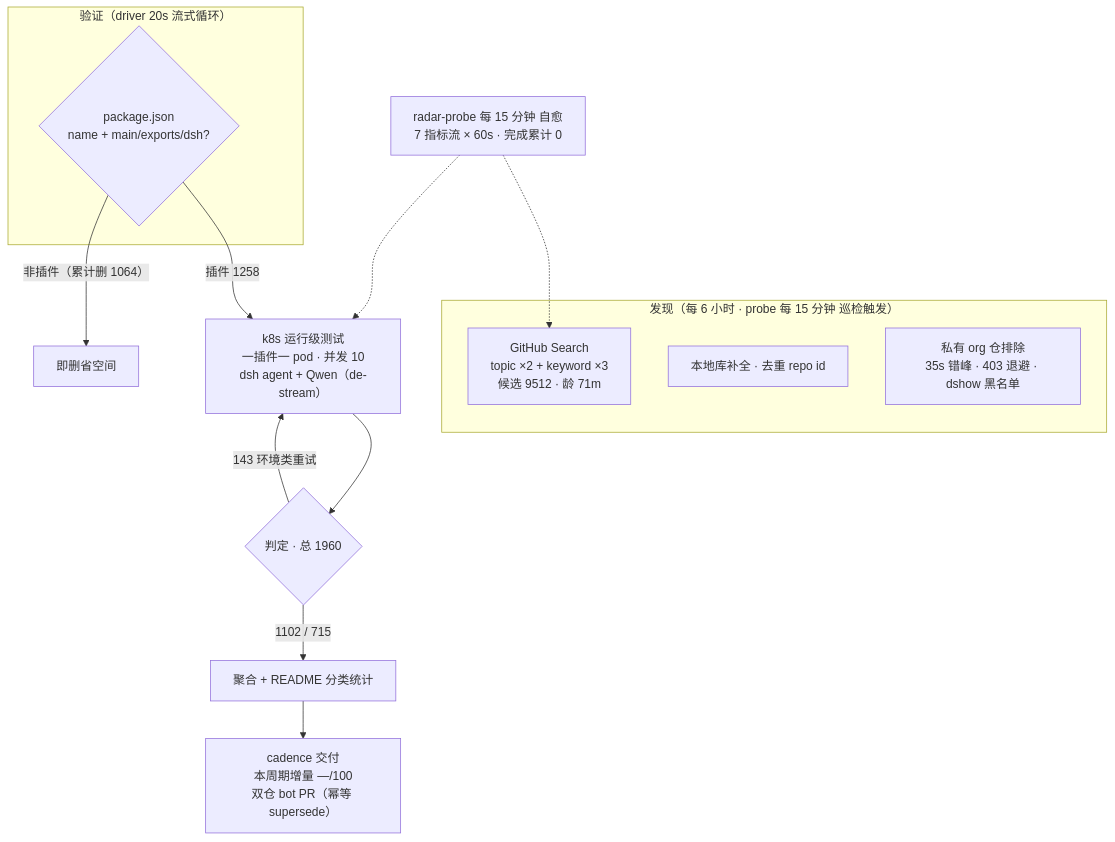
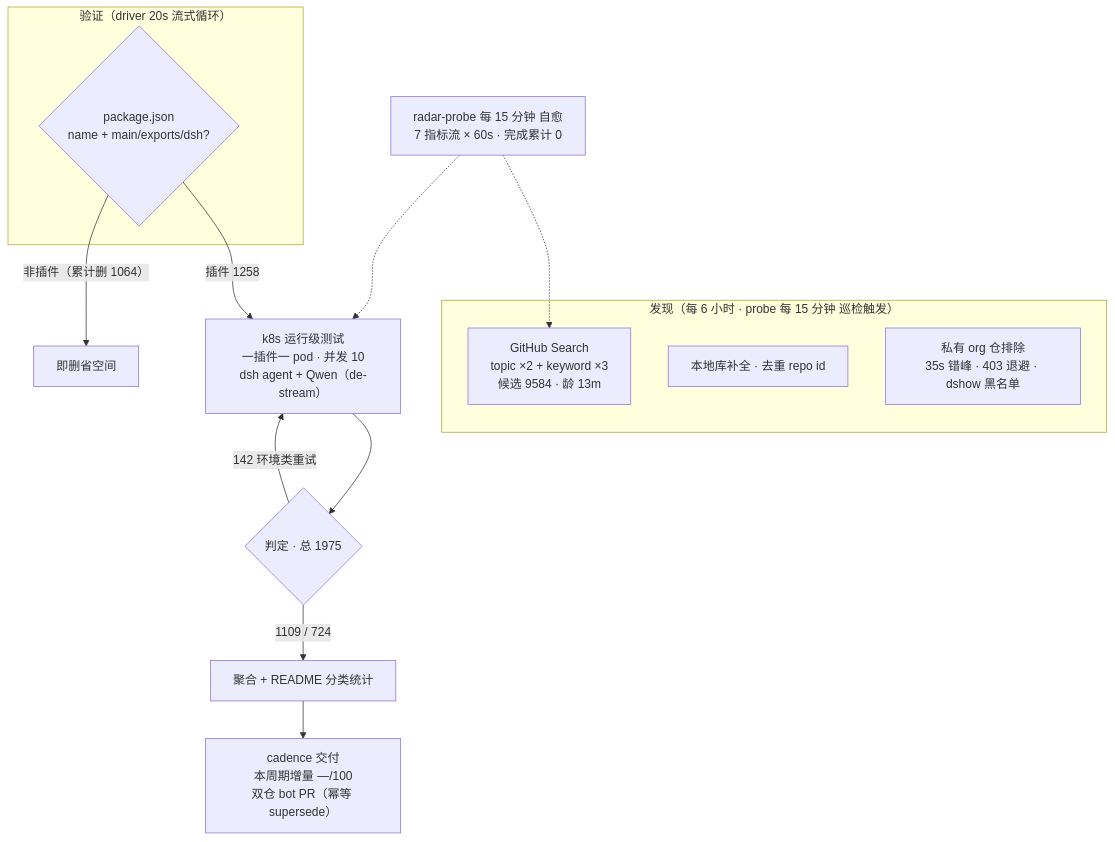
The diagram in README.md (Zhidao-Lab-OSS/awesome-dsh-plugins), drawn with Mermaid before and after one commit. The commit also changed other lines of this file and 1 other file, not shown here.

````diff
--- a/README.md
+++ b/README.md
@@ -37,19 +37,19 @@
 ```mermaid
 flowchart TB
     subgraph Discovery[" 发现（每 6 小时 · probe 每 15 分钟 巡检触发）"]
-        A1["GitHub Search<br/>topic ×2 + keyword ×3<br/>候选 9512 · 龄 71m"]
+        A1["GitHub Search<br/>topic ×2 + keyword ×3<br/>候选 9584 · 龄 13m"]
         A2["本地库补全 · 去重 repo id"]
         A3[" 私有 org 仓排除<br/>35s 错峰 · 403 退避 · dshow 黑名单"]
     end
     subgraph Validation[" 验证（driver 20s 流式循环）"]
         B1{"package.json<br/>name + main/exports/dsh?"}
     end
     B1 -->|"插件 1258"| C1["k8s 运行级测试<br/>一插件一 pod · 并发 10<br/>dsh agent + Qwen（de-stream）"]
     B1 -->|"非插件（累计删 1064）"| B3[" 即删省空间"]
-    C1 --> D1{"判定 · 总 1960"}
-    D1 -->|" 1102 /  715"| E1["聚合 + README 分类统计"]
-    D1 -->|" 143 环境类重试"| C1
+    C1 --> D1{"判定 · 总 1975"}
+    D1 -->|" 1109 /  724"| E1["聚合 + README 分类统计"]
+    D1 -->|" 142 环境类重试"| C1
     E1 --> E2["cadence 交付<br/>本周期增量 —/100<br/>双仓 bot PR（幂等 supersede）"]
     M[" radar-probe 每 15 分钟 自愈<br/>7 指标流 × 60s · 完成累计 0"] -.-> A1
     M -.-> C1
 ```
````
